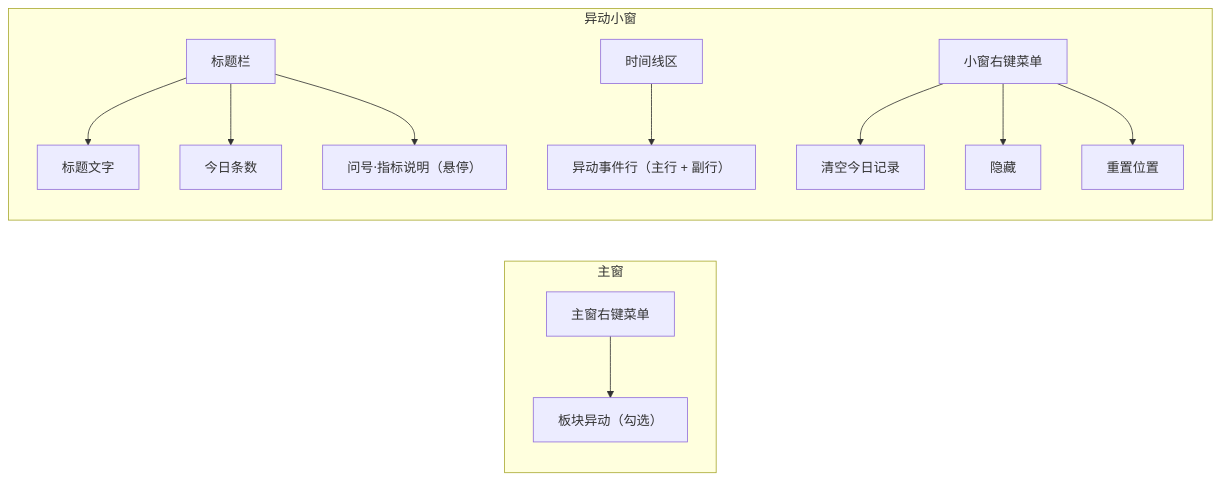
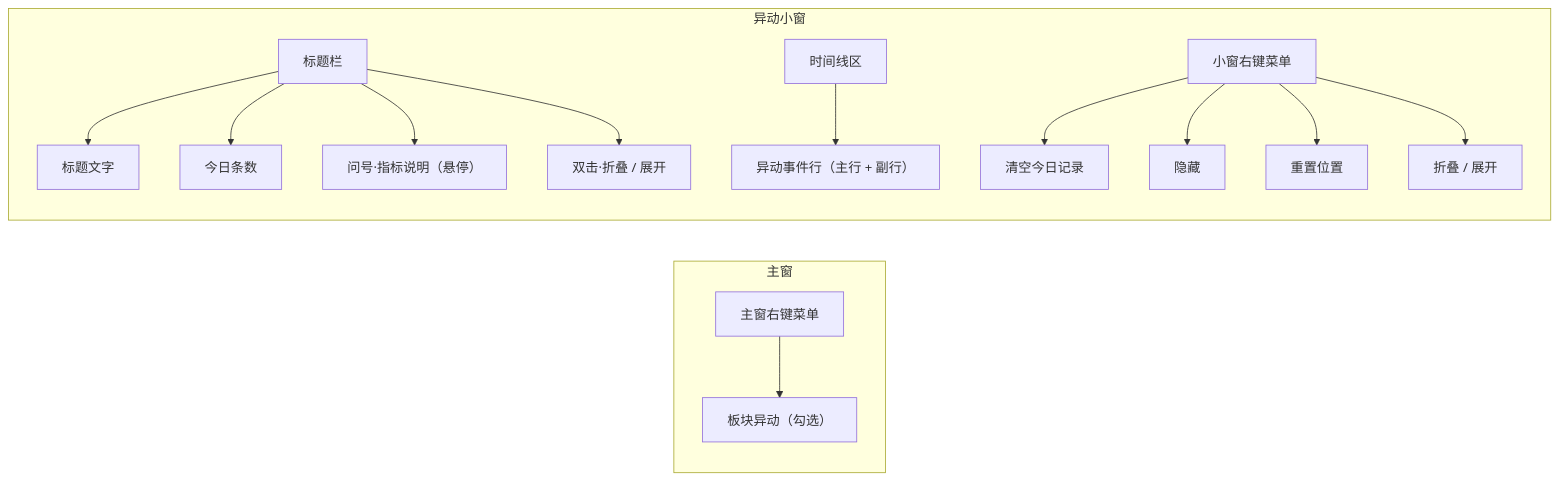
Before and after one commit to genglitao/MarketEye: the third of 6 diagrams in wiki/docs/需求文档/板块异动/v1.0.0/PRD-盯盘君-板块异动-v1.0.0.md, drawn with Mermaid. The commit also changed other lines of this file and 5 other files, not shown here.

````diff
--- a/wiki/docs/需求文档/板块异动/v1.0.0/PRD-盯盘君-板块异动-v1.0.0.md
+++ b/wiki/docs/需求文档/板块异动/v1.0.0/PRD-盯盘君-板块异动-v1.0.0.md
@@ -105,15 +106,17 @@
 ```mermaid
 graph LR
     subgraph 主窗
         M[主窗右键菜单] --> M1[板块异动（勾选）]
     end
     subgraph 异动小窗
         W[标题栏] --> W1[标题文字]
         W --> W2[今日条数]
         W --> W3[问号·指标说明（悬停）]
+        W --> W4[双击·折叠 / 展开]
         L[时间线区] --> L1[异动事件行（主行 + 副行）]
         F[小窗右键菜单] --> F1[清空今日记录]
         F --> F2[隐藏]
         F --> F3[重置位置]
+        F --> F4[折叠 / 展开]
     end
 ```
````
